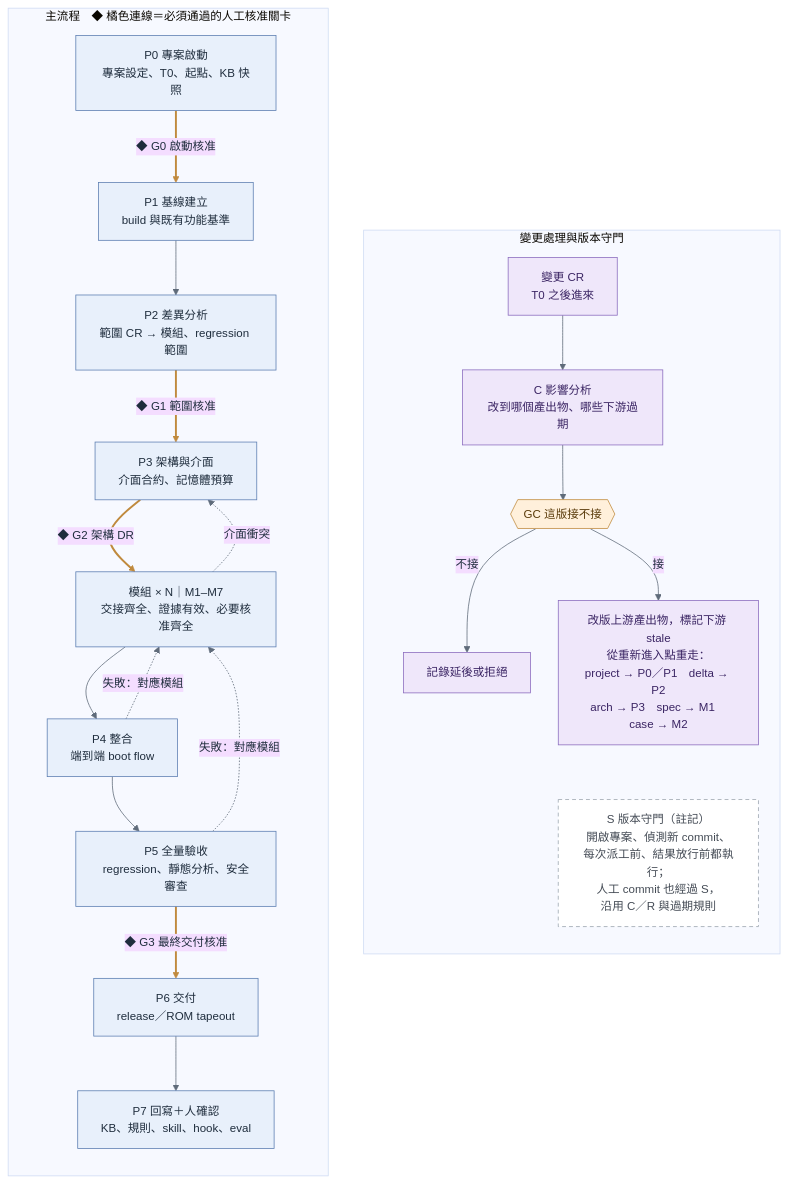
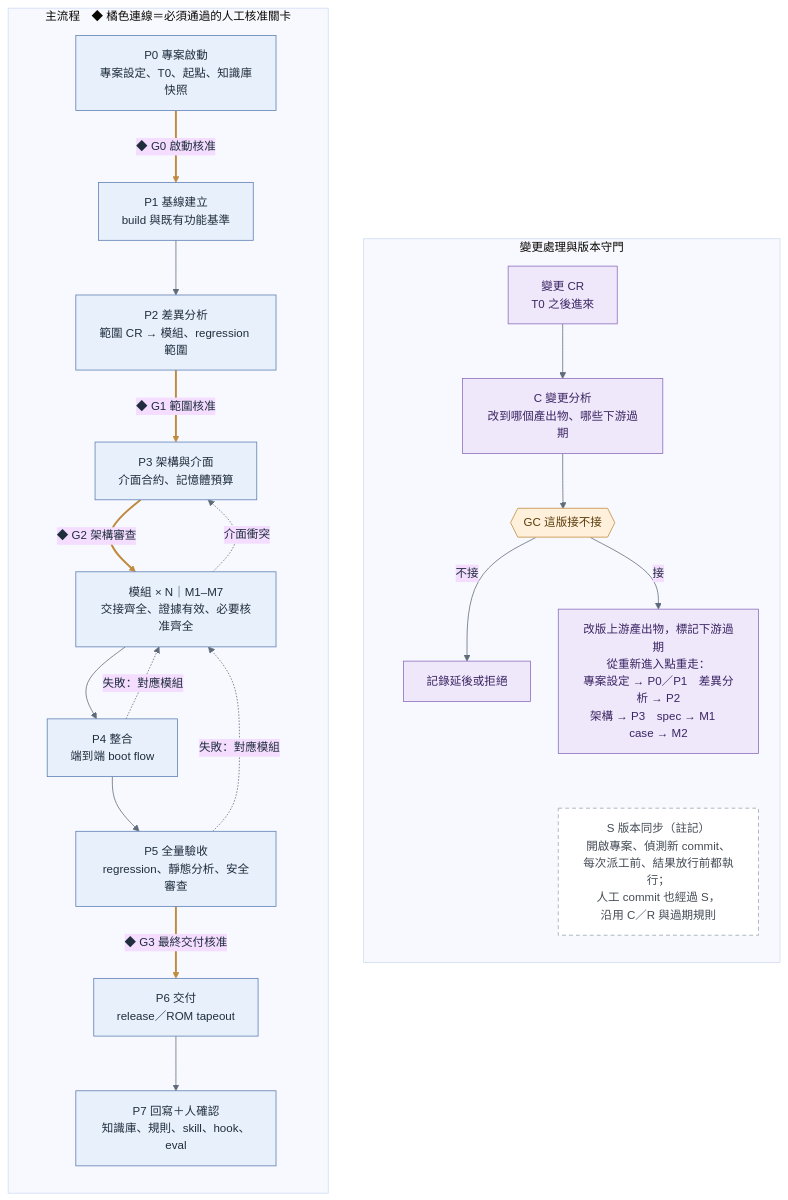
The diagram in diagrams/glados_project_flow.mmd (kevintsou/glados), drawn with Mermaid before and after one commit. The commit also changed 34 other files, not shown here.

First line of the commit message:
docs: restructure GLADOS spec into framework, node cards, project and implementation (v0.7)

```diff
--- a/diagrams/glados_project_flow.mmd
+++ b/diagrams/glados_project_flow.mmd
@@ -1,45 +1,45 @@
 %%{init: {"theme":"base","themeVariables":{"fontSize":"15px","lineColor":"#5F6B7A","primaryTextColor":"#1F2D3D"},"flowchart":{"curve":"basis","nodeSpacing":36,"rankSpacing":46,"htmlLabels":true}}}%%
 flowchart LR
   subgraph MAIN["主流程　◆ 橘色連線＝必須通過的人工核准關卡"]
     direction TB
-    P0["P0 專案啟動<br/>專案設定、T0、起點、KB 快照"]:::exec
+    P0["P0 專案啟動<br/>專案設定、T0、起點、知識庫快照"]:::exec
     P1["P1 基線建立<br/>build 與既有功能基準"]:::exec
     P2["P2 差異分析<br/>範圍 CR → 模組、regression 範圍"]:::exec
     P3["P3 架構與介面<br/>介面合約、記憶體預算"]:::exec
     M["模組 × N｜M1–M7<br/>交接齊全、證據有效、必要核准齊全"]:::exec
     P4["P4 整合<br/>端到端 boot flow"]:::exec
     P5["P5 全量驗收<br/>regression、靜態分析、安全審查"]:::exec
     P6["P6 交付<br/>release／ROM tapeout"]:::exec
-    P7["P7 回寫＋人確認<br/>KB、規則、skill、hook、eval"]:::exec
+    P7["P7 回寫＋人確認<br/>知識庫、規則、skill、hook、eval"]:::exec
     P0 -->|"◆ G0 啟動核准"| P1
     P1 --> P2
     P2 -->|"◆ G1 範圍核准"| P3
-    P3 -->|"◆ G2 架構 DR"| M
+    P3 -->|"◆ G2 架構審查"| M
     M --> P4
     P4 --> P5
     P5 -->|"◆ G3 最終交付核准"| P6
     P6 --> P7
     P4 -. "失敗：對應模組" .-> M
     P5 -. "失敗：對應模組" .-> M
     M -. "介面衝突" .-> P3
   end
   subgraph CHG["變更處理與版本守門"]
     direction TB
     CR["變更 CR<br/>T0 之後進來"]:::route
-    C["C 影響分析<br/>改到哪個產出物、哪些下游過期"]:::route
+    C["C 變更分析<br/>改到哪個產出物、哪些下游過期"]:::route
     GC{{"GC 這版接不接"}}:::human
     DEFER["記錄延後或拒絕"]:::route
-    STALE["改版上游產出物，標記下游 stale<br/>從重新進入點重走：<br/>project → P0／P1　delta → P2<br/>arch → P3　spec → M1　case → M2"]:::route
-    S["S 版本守門（註記）<br/>開啟專案、偵測新 commit、<br/>每次派工前、結果放行前都執行；<br/>人工 commit 也經過 S，<br/>沿用 C／R 與過期規則"]:::note
+    STALE["改版上游產出物，標記下游過期<br/>從重新進入點重走：<br/>專案設定 → P0／P1　差異分析 → P2<br/>架構 → P3　spec → M1　case → M2"]:::route
+    S["S 版本同步（註記）<br/>開啟專案、偵測新 commit、<br/>每次派工前、結果放行前都執行；<br/>人工 commit 也經過 S，<br/>沿用 C／R 與過期規則"]:::note
     CR --> C
     C --> GC
     GC -->|不接| DEFER
     GC -->|接| STALE
     STALE ~~~ S
   end
   MAIN ~~~ CHG
   classDef exec fill:#E8F0FB,stroke:#5B7DB1,color:#1F2D3D;
   classDef human fill:#FFF0DB,stroke:#C08A3E,color:#5A3B0A;
   classDef route fill:#EFE7FA,stroke:#8A6BBE,color:#3A2463;
   classDef note fill:#FFFFFF,stroke:#9AA3AE,stroke-dasharray:5 4,color:#444B55;
   linkStyle 0,2,3,6 stroke:#C08A3E,stroke-width:2.5px
```
